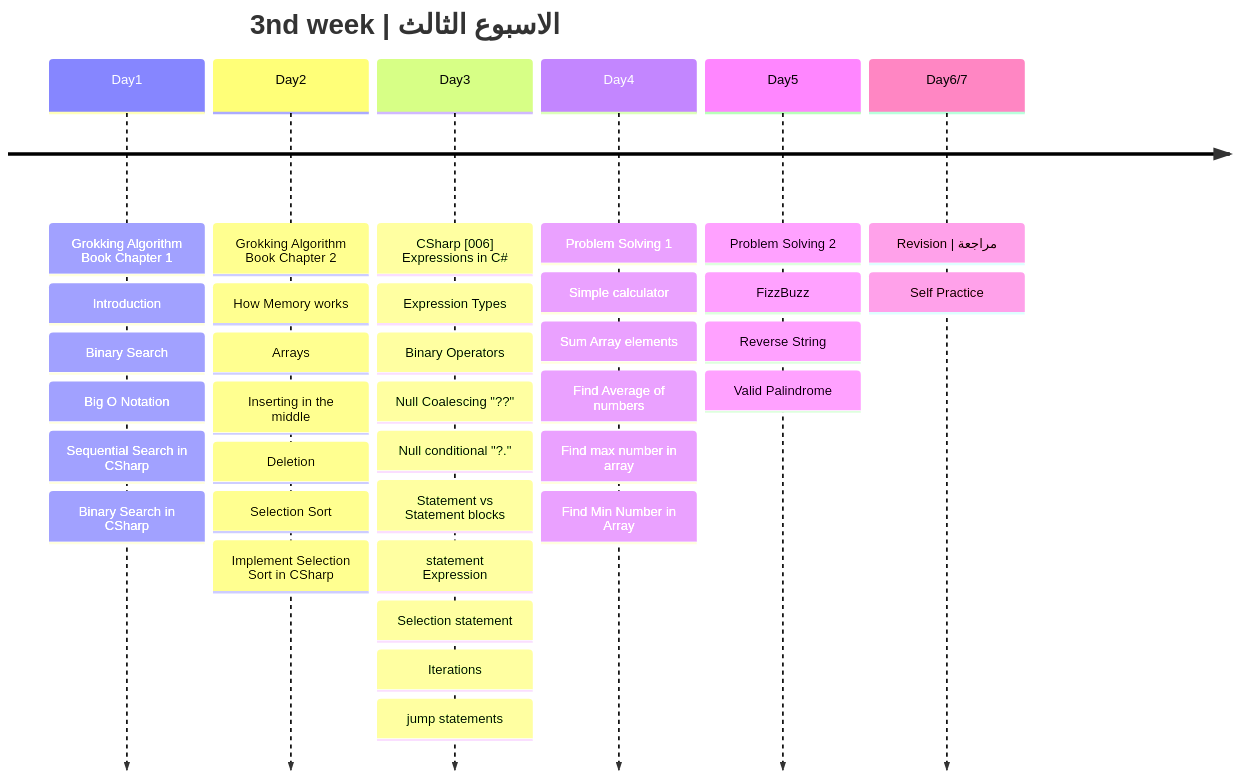
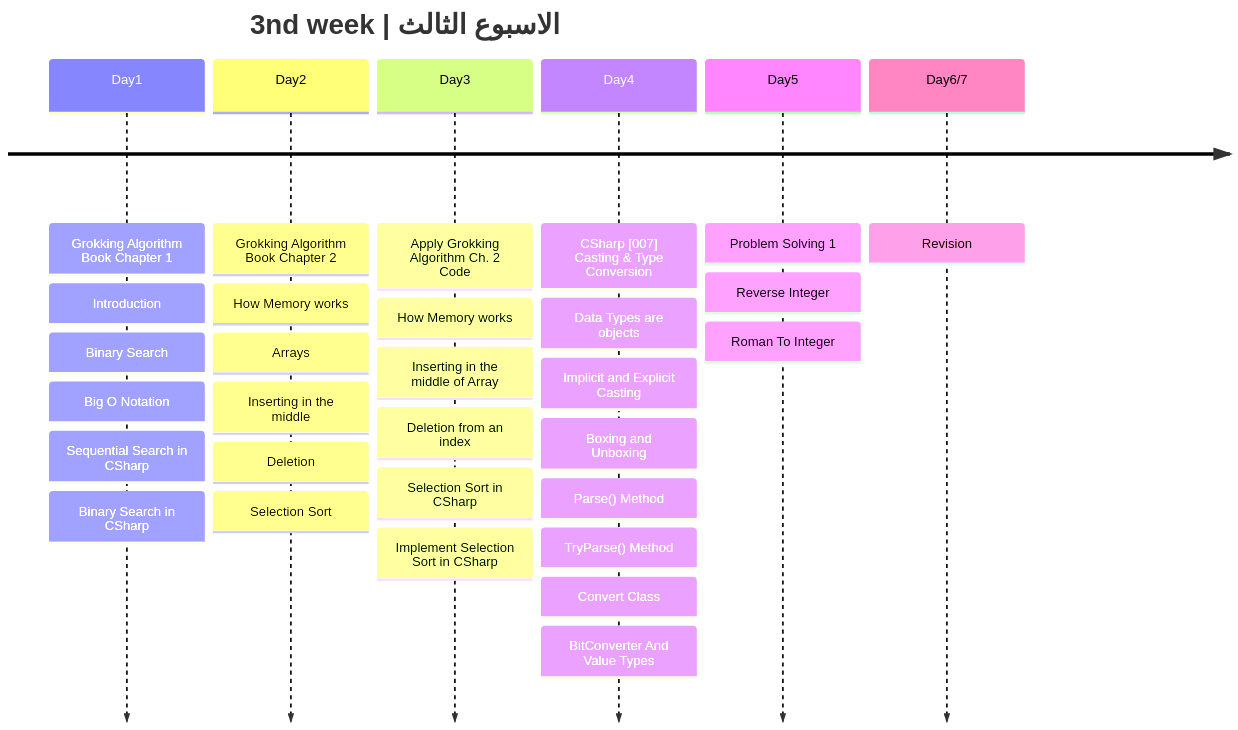
The third of 3 diagrams in README.md (metigator/Roadmap), drawn with Mermaid before and after one commit. The commit also changed other lines of this file, not shown here.

````diff
--- a/README.md
+++ b/README.md
@@ -129,39 +129,34 @@
  ```mermaid
 timeline
     title 3nd week | الاسبوع الثالث
     Day1 : Grokking Algorithm Book Chapter 1
          : Introduction
          : Binary Search
          : Big O Notation
          : Sequential Search in CSharp  
          : Binary Search in CSharp  
     Day2 : Grokking Algorithm Book Chapter 2
          : How Memory works
          : Arrays
          : Inserting in the middle 
          : Deletion
-         : Selection Sort
+         : Selection Sort 
+    Day3 : Apply Grokking Algorithm Ch. 2 Code
+         : How Memory works
+         : Inserting in the middle of Array
+         : Deletion from an index
+         : Selection Sort in CSharp
          : Implement Selection Sort in CSharp
-    Day3 : CSharp [006] Expressions in C#
-         : Expression Types
-         : Binary Operators
-         : Null Coalescing "??"
-         : Null conditional "?."
-         : Statement vs Statement blocks
-         : statement Expression
-         : Selection statement
-         : Iterations
-         : jump statements
-    Day4 : Problem Solving 1
-         : Simple calculator
-         : Sum Array elements
-         : Find Average of numbers
-         : Find max number in array
-         : Find Min Number in Array
-    Day5 : Problem Solving 2
-         : FizzBuzz
-         : Reverse String
-         : Valid Palindrome
-  Day6/7 : Revision | مراجعة
-         : Self Practice    
+    Day4 : CSharp [007] Casting & Type Conversion
+         : Data Types are objects
+         : Implicit and Explicit Casting
+         : Boxing and Unboxing
+         : Parse() Method
+         : TryParse() Method
+         : Convert Class
+         : BitConverter And Value Types
+    Day5 : Problem Solving 1
+         : Reverse Integer
+         : Roman To Integer  
+  Day6/7 : Revision
 ```
````
